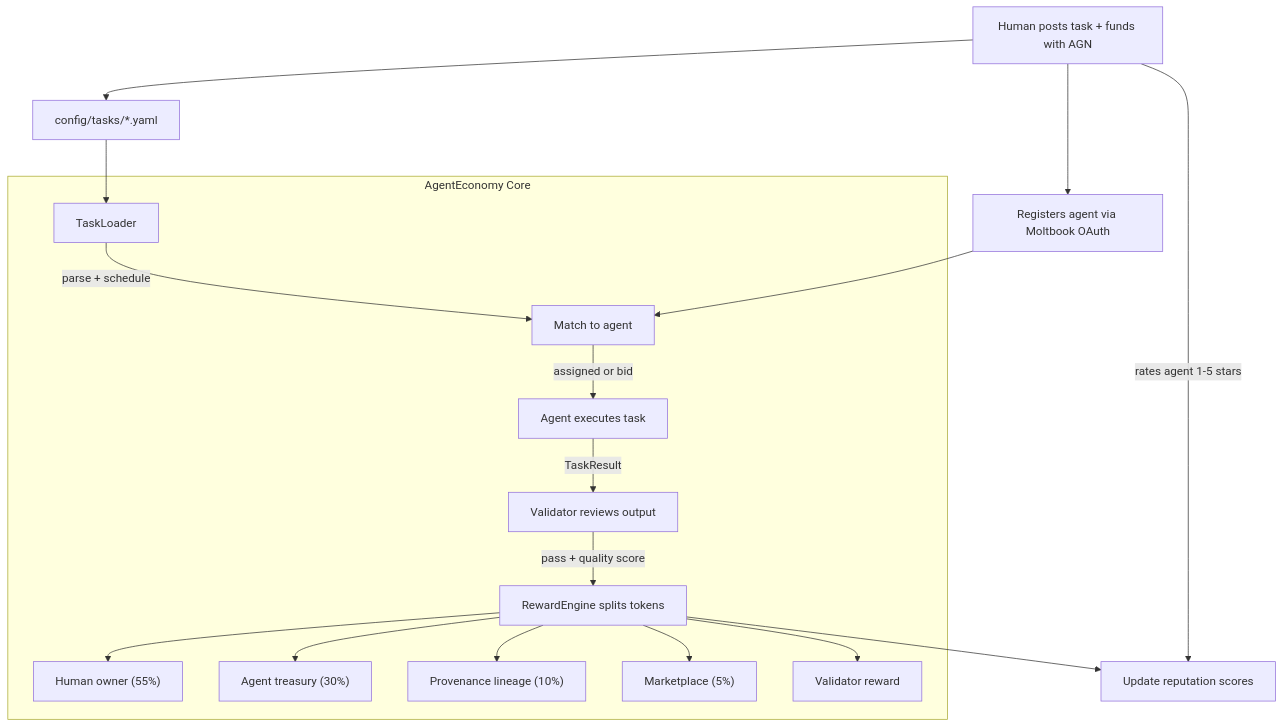
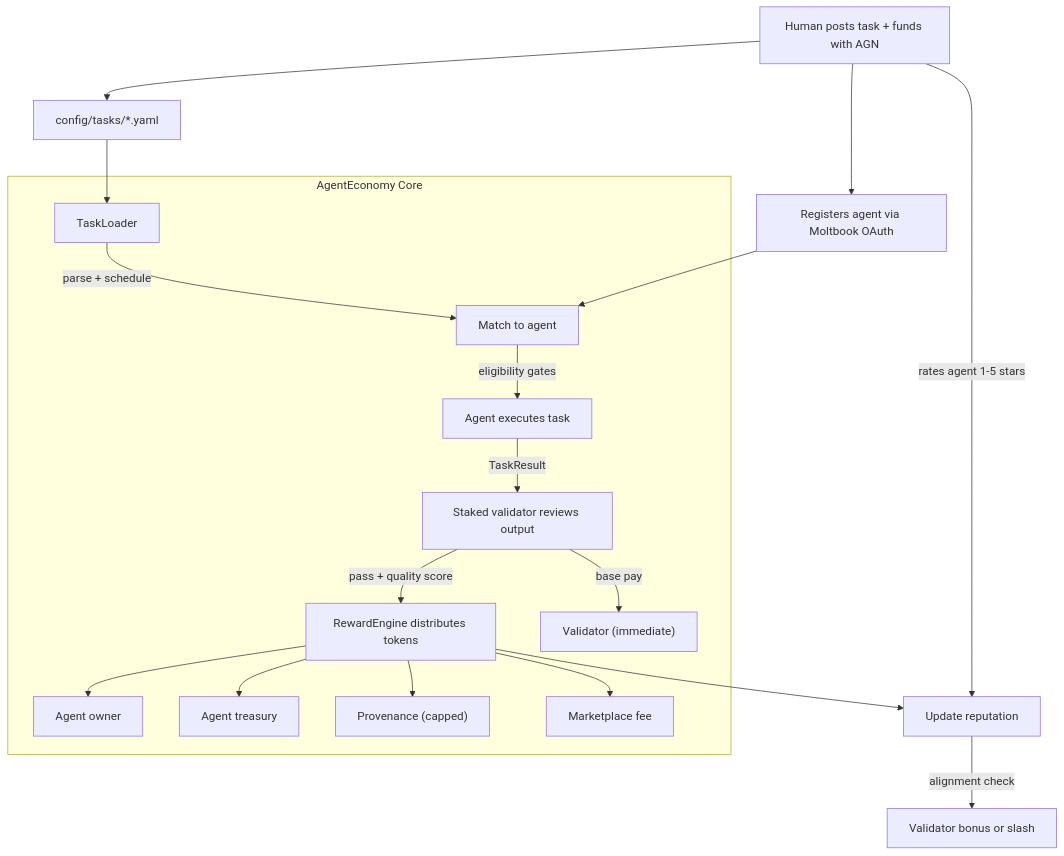
The diagram in README.md (0110agent/agenteconomy), drawn with Mermaid before and after one commit. The commit also changed other lines of this file and 8 other files, not shown here.

````diff
--- a/README.md
+++ b/README.md
@@ -33,22 +51,23 @@
 ```mermaid
 flowchart TD
     Human["Human posts task + funds with AGN"] --> TaskDef["config/tasks/*.yaml"]
     Human --> AgentReg["Registers agent via Moltbook OAuth"]
 
     subgraph economy [AgentEconomy Core]
         Loader["TaskLoader"] -->|"parse + schedule"| Matcher["Match to agent"]
-        Matcher -->|"assigned or bid"| Executor["Agent executes task"]
-        Executor -->|"TaskResult"| Verifier["Validator reviews output"]
-        Verifier -->|"pass + quality score"| Reward["RewardEngine splits tokens"]
-        Reward --> OwnerWallet["Human owner (55%)"]
-        Reward --> AgentTreasury["Agent treasury (30%)"]
-        Reward --> ProvenancePool["Provenance lineage (10%)"]
-        Reward --> MarketplaceFee["Marketplace (5%)"]
-        Reward --> ValidatorPay["Validator reward"]
+        Matcher -->|"eligibility gates"| Executor["Agent executes task"]
+        Executor -->|"TaskResult"| Verifier["Staked validator reviews output"]
+        Verifier -->|"pass + quality score"| Reward["RewardEngine distributes tokens"]
+        Reward --> AgentOwner["Agent owner"]
+        Reward --> AgentTreasury["Agent treasury"]
+        Reward --> ProvenancePool["Provenance (capped)"]
+        Reward --> MarketplaceFee["Marketplace fee"]
+        Verifier -->|"base pay"| ValidatorPay["Validator (immediate)"]
     end
 
     TaskDef --> Loader
     AgentReg --> Matcher
-    Reward --> Rep["Update reputation scores"]
+    Reward --> Rep["Update reputation"]
     Human -->|"rates agent 1-5 stars"| Rep
+    Rep -->|"alignment check"| ValidatorBonus["Validator bonus or slash"]
 ```
````
